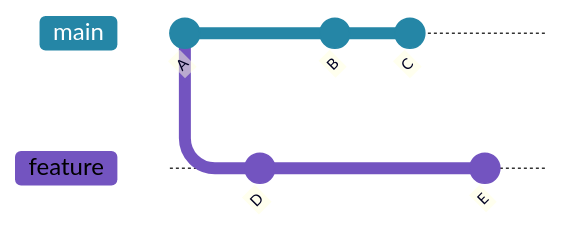
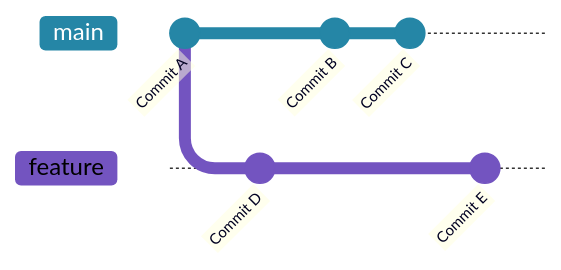
One commit to ACCESS-NRI/ACCESS-Hive-Docs changed the third of 4 diagrams in docs/getting_started/essential_git.md. Above: the diagram before and after it, drawn with Mermaid. The commit also changed other lines of this file and 1 other file, not shown here.

````diff
--- a/docs/getting_started/essential_git.md
+++ b/docs/getting_started/essential_git.md
@@ -244,12 +244,12 @@
 ```mermaid
 %%{init: {"themeVariables": {"git0": "#2586A6", "git1": "#7354C0"}}}%%
 gitGraph
-    commit id: "A"
+    commit id: "Commit A"
     branch feature
-    commit id: "D"
+    commit id: "Commit D"
     checkout main
-    commit id: "B"
-    commit id: "C"
+    commit id: "Commit B"
+    commit id: "Commit C"
     checkout feature
-    commit id: "E"
+    commit id: "Commit E"
 ```
````
